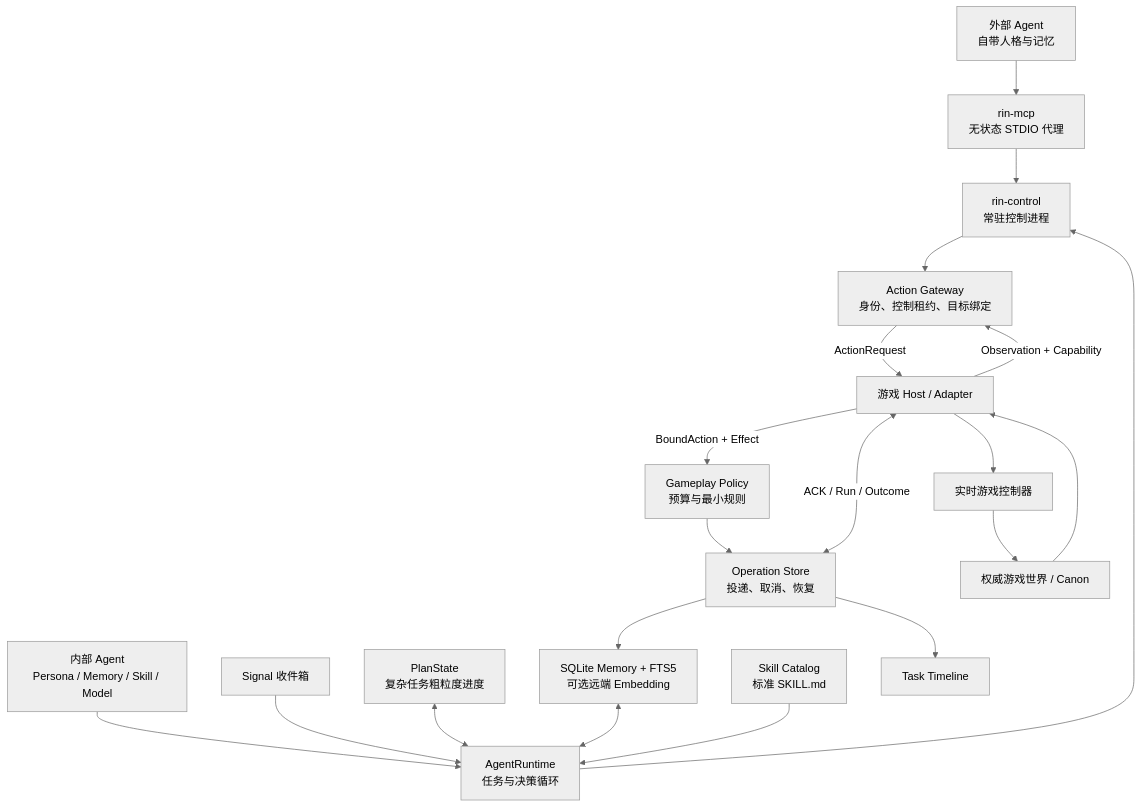
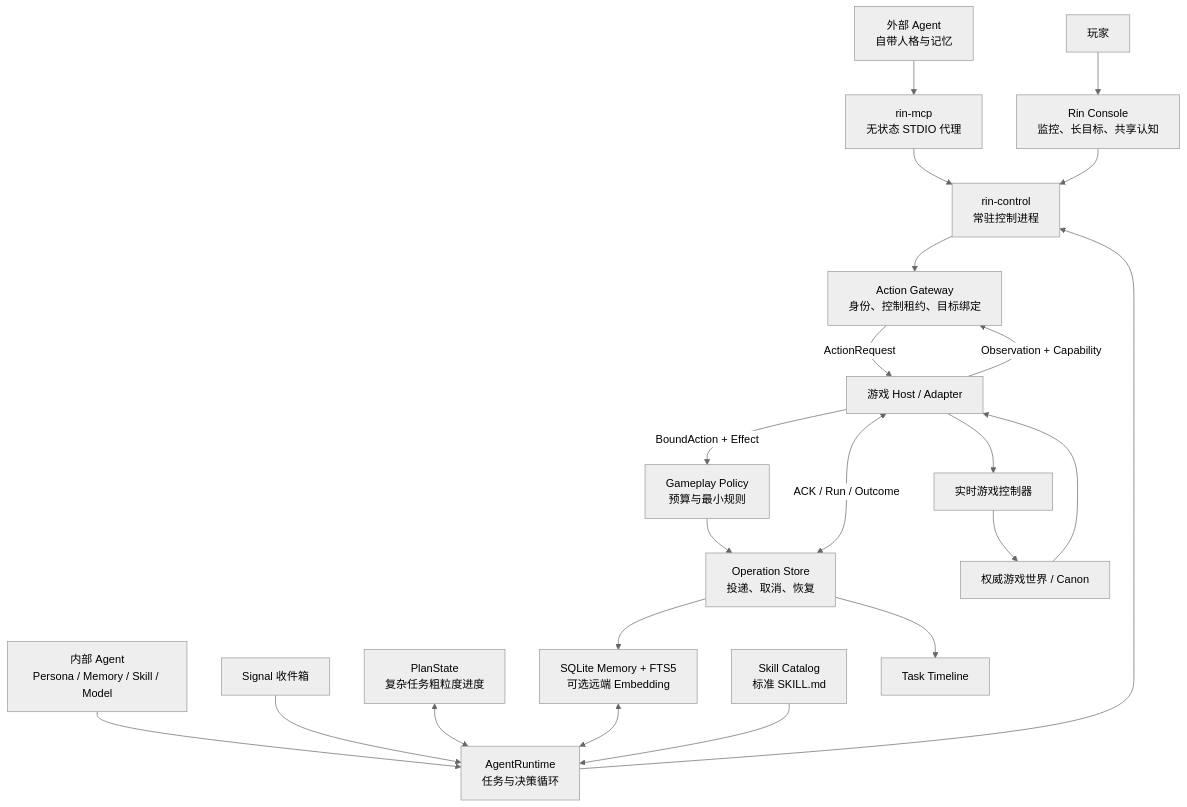
The diagram in docs/milestone-a-validation.zh-CN.md (sunrioa/rin), drawn with Mermaid (neutral theme) before and after one commit. The commit also changed other lines of this file and 11 other files, not shown here.

Commit message:
feat: 完善控制台任务视图与使用文档

````diff
--- a/docs/milestone-a-validation.zh-CN.md
+++ b/docs/milestone-a-validation.zh-CN.md
@@ -21,22 +21,24 @@
 ```mermaid
 flowchart TB
     EXT["外部 Agent<br/>自带人格与记忆"] --> MCP["rin-mcp<br/>无状态 STDIO 代理"]
+    USER["玩家"] --> CONSOLE["Rin Console<br/>监控、长目标、共享认知"]
     INT["内部 Agent<br/>Persona / Memory / Skill / Model"] --> LOOP["AgentRuntime<br/>任务与决策循环"]
     SIGNAL["Signal 收件箱"] --> LOOP
     MCP --> CTRL["rin-control<br/>常驻控制进程"]
+    CONSOLE --> CTRL
     LOOP --> CTRL
     CTRL --> GATE["Action Gateway<br/>身份、控制租约、目标绑定"]
     PLAN["PlanState<br/>复杂任务粗粒度进度"] <--> LOOP
     MEM["SQLite Memory + FTS5<br/>可选远端 Embedding"] <--> LOOP
     SKILL["Skill Catalog<br/>标准 SKILL.md"] --> LOOP
     HOST["游戏 Host / Adapter"] -->|"Observation + Capability"| GATE
     GATE -->|"ActionRequest"| HOST
     HOST -->|"BoundAction + Effect"| POLICY["Gameplay Policy<br/>预算与最小规则"]
     POLICY --> OPS["Operation Store<br/>投递、取消、恢复"]
     OPS <-->|"ACK / Run / Outcome"| HOST
     HOST --> ENGINE["实时游戏控制器"]
     ENGINE --> WORLD["权威游戏世界 / Canon"]
     WORLD --> HOST
     OPS --> TIMELINE["Task Timeline"]
     OPS --> MEM
 ```
````
